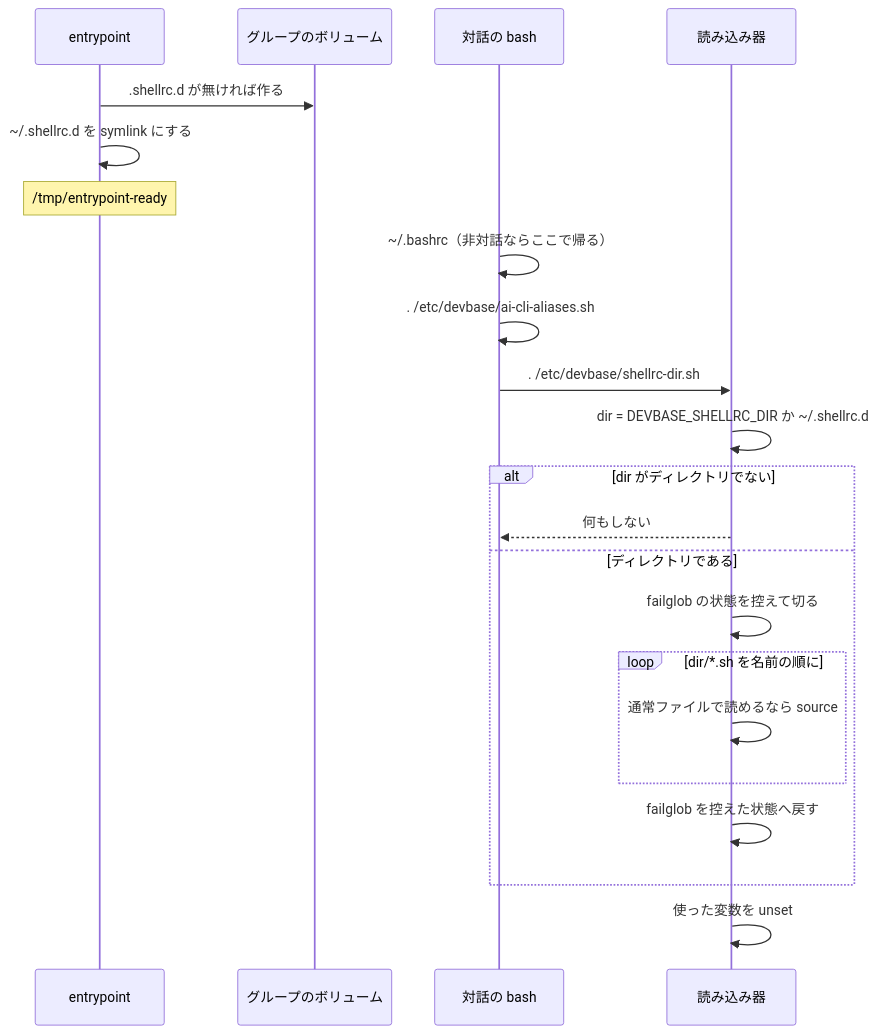
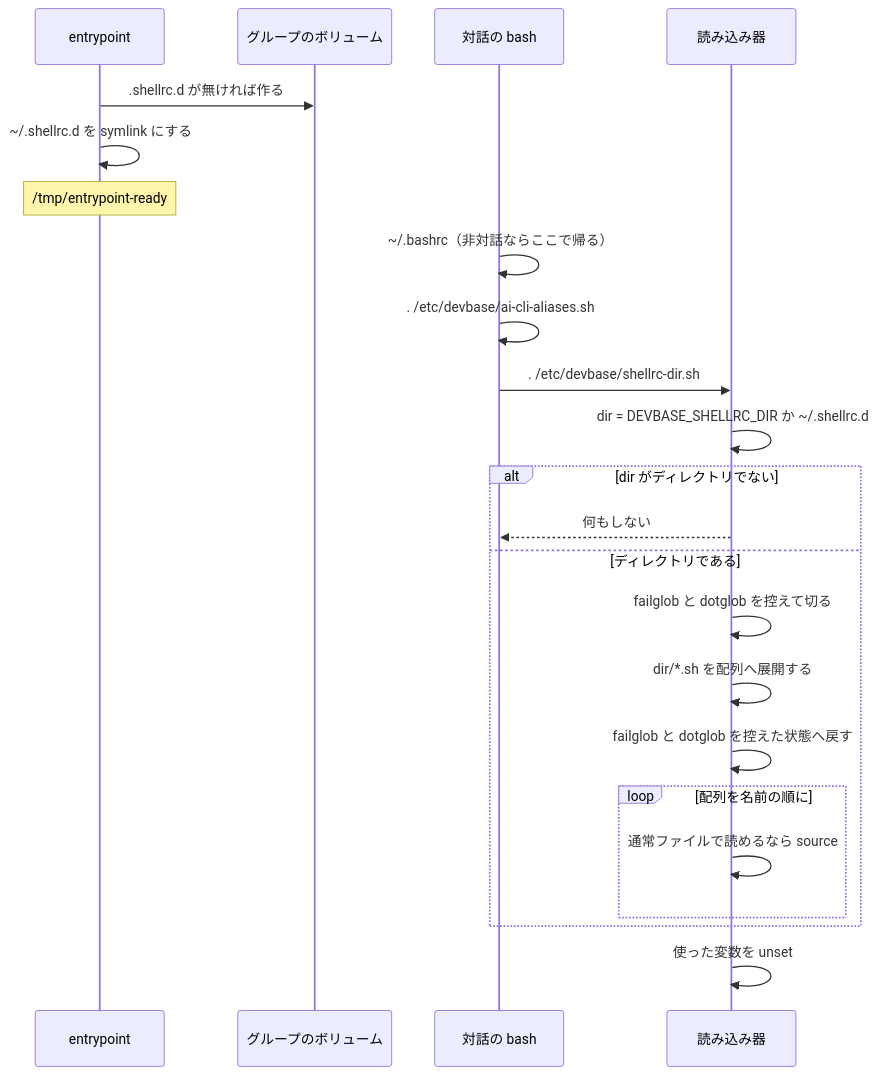
Before and after one commit to devbasex/devbase: the third of 3 diagrams in issues/PLAN70_shellrc-dir-design.md, drawn with Mermaid. The commit also changed other lines of this file and 1 other file, not shown here.

First line of the commit message:
docs(PLAN70): グロブの展開の間だけ failglob / dotglob を切り、読む前に戻す設計にする

````diff
--- a/issues/PLAN70_shellrc-dir-design.md
+++ b/issues/PLAN70_shellrc-dir-design.md
@@ -103,24 +103,25 @@
 ```mermaid
 sequenceDiagram
     participant EP as entrypoint
     participant V as グループのボリューム
     participant SH as 対話の bash
     participant L as 読み込み器
     EP->>V: .shellrc.d が無ければ作る
     EP->>EP: ~/.shellrc.d を symlink にする
     Note over EP: /tmp/entrypoint-ready
     SH->>SH: ~/.bashrc（非対話ならここで帰る）
     SH->>SH: . /etc/devbase/ai-cli-aliases.sh
     SH->>L: . /etc/devbase/shellrc-dir.sh
     L->>L: dir = DEVBASE_SHELLRC_DIR か ~/.shellrc.d
     alt dir がディレクトリでない
         L-->>SH: 何もしない
     else ディレクトリである
-        L->>L: failglob の状態を控えて切る
-        loop dir/*.sh を名前の順に
+        L->>L: failglob と dotglob を控えて切る
+        L->>L: dir/*.sh を配列へ展開する
+        L->>L: failglob と dotglob を控えた状態へ戻す
+        loop 配列を名前の順に
             L->>L: 通常ファイルで読めるなら source
         end
-        L->>L: failglob を控えた状態へ戻す
     end
     L->>L: 使った変数を unset
 ```
````
